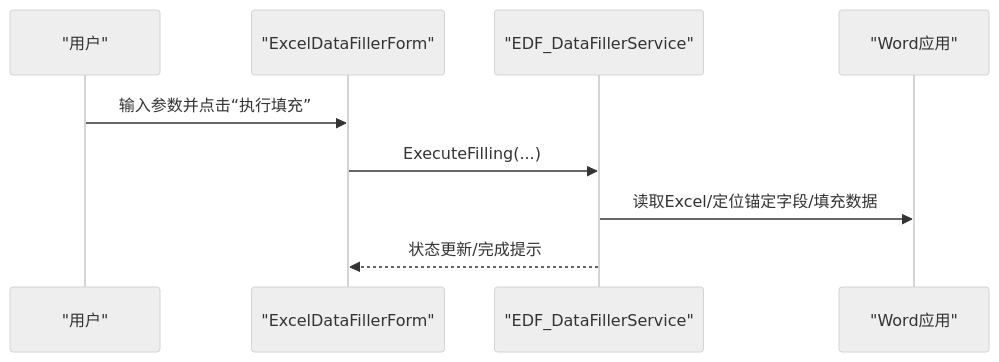
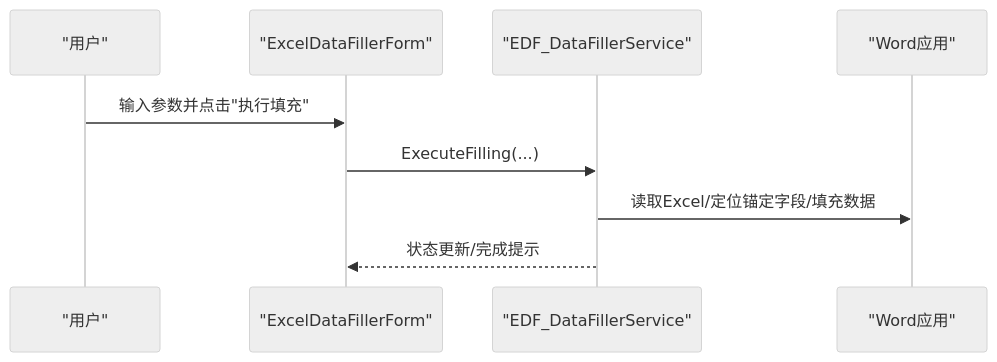
The seventh of 8 diagrams in .qoder/repowiki/zh/content/服务层/表格服务.md (rainiva/WordTools), drawn with Mermaid (neutral theme) before and after one commit. The commit also changed other lines of this file and 12 other files, not shown here.

````diff
--- a/.qoder/repowiki/zh/content/服务层/表格服务.md
+++ b/.qoder/repowiki/zh/content/服务层/表格服务.md
@@ -288,11 +315,11 @@
 ```mermaid
 sequenceDiagram
 participant User as "用户"
 participant UI as "ExcelDataFillerForm"
 participant EDFS as "EDF_DataFillerService"
 participant App as "Word应用"
-User->>UI : 输入参数并点击“执行填充”
+User->>UI : 输入参数并点击"执行填充"
 UI->>EDFS : ExecuteFilling(...)
 EDFS->>App : 读取Excel/定位锚定字段/填充数据
 EDFS-->>UI : 状态更新/完成提示
 ```
````
